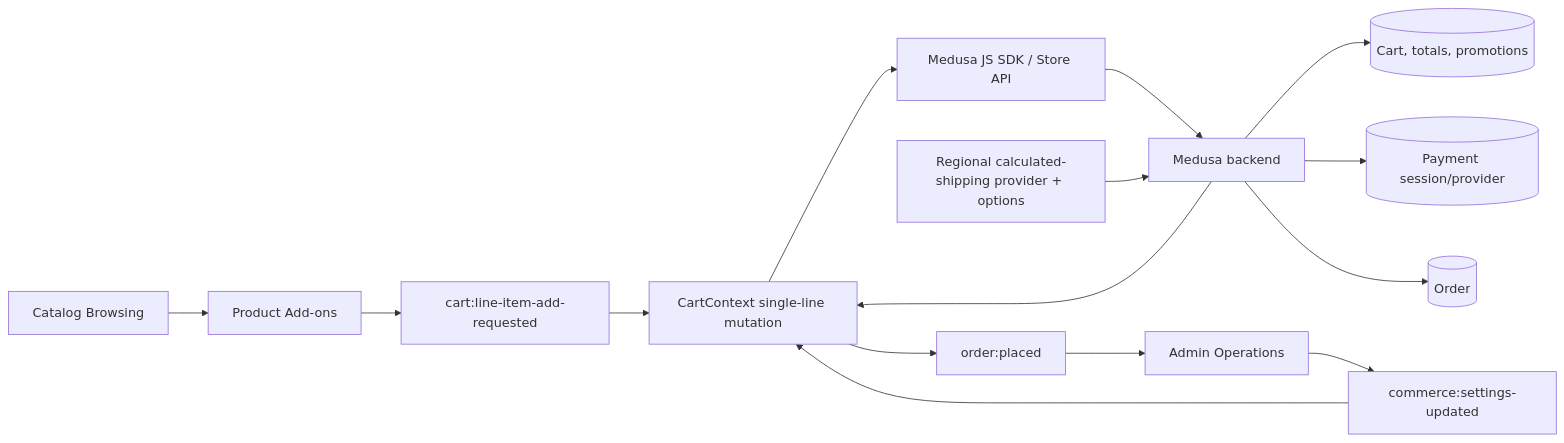
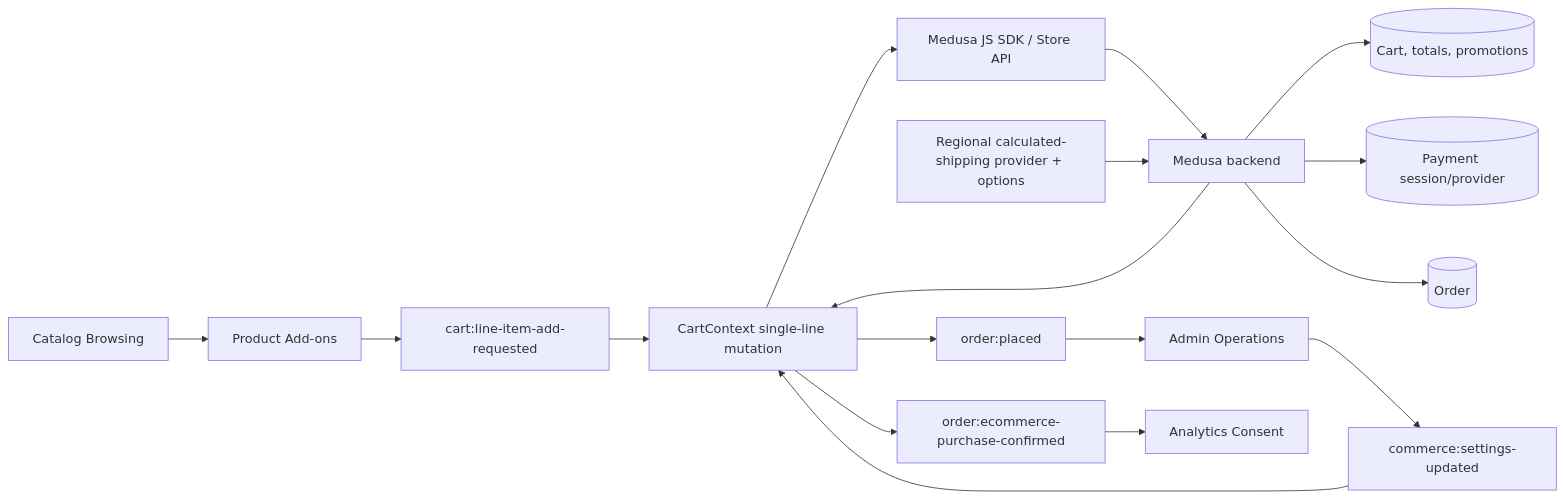
The third of 3 diagrams in flows/features/cart-checkout.md (AtoshaKartosha/sunluk), drawn with Mermaid before and after one commit. The commit also changed other lines of this file and 10 other files, not shown here.

Commit message:
feat(analytics): track ecommerce funnel

````diff
--- a/flows/features/cart-checkout.md
+++ b/flows/features/cart-checkout.md
@@ -129,17 +135,19 @@
 ```mermaid
 flowchart LR
   Catalog[Catalog Browsing] --> Addons[Product Add-ons]
   Addons --> Selected[cart:line-item-add-requested]
   Selected --> UI[CartContext single-line mutation]
   Admin[Admin Operations] --> Settings[commerce:settings-updated]
   Settings --> UI
   UI --> SDK[Medusa JS SDK / Store API]
   SDK --> Backend[Medusa backend]
   Backend --> Cart[(Cart, totals, promotions)]
   Config[Regional calculated-shipping provider + options] --> Backend
   Backend --> Payment[(Payment session/provider)]
   Backend --> Order[(Order)]
   Backend --> UI
+  UI --> Purchase[order:ecommerce-purchase-confirmed]
+  Purchase --> Analytics[Analytics Consent]
   UI --> Placed[order:placed]
   Placed --> Admin
 ```
````
